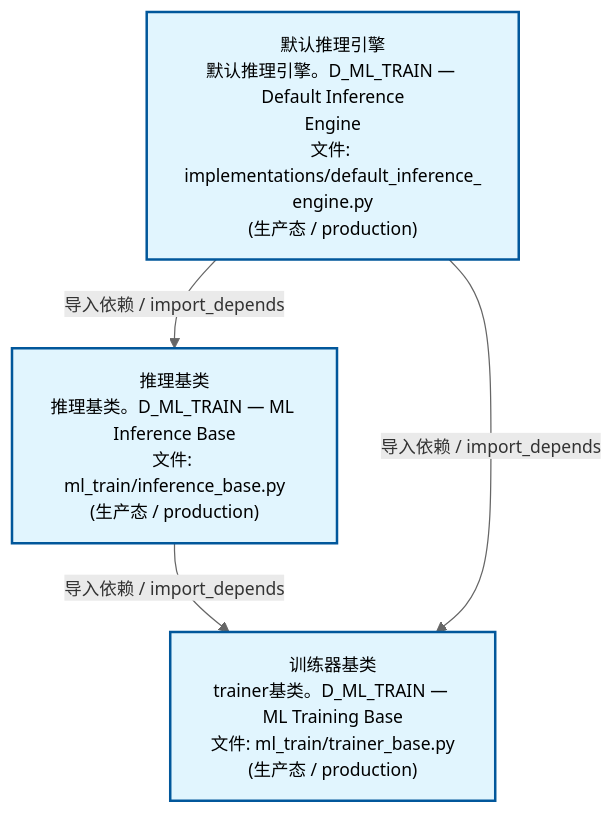
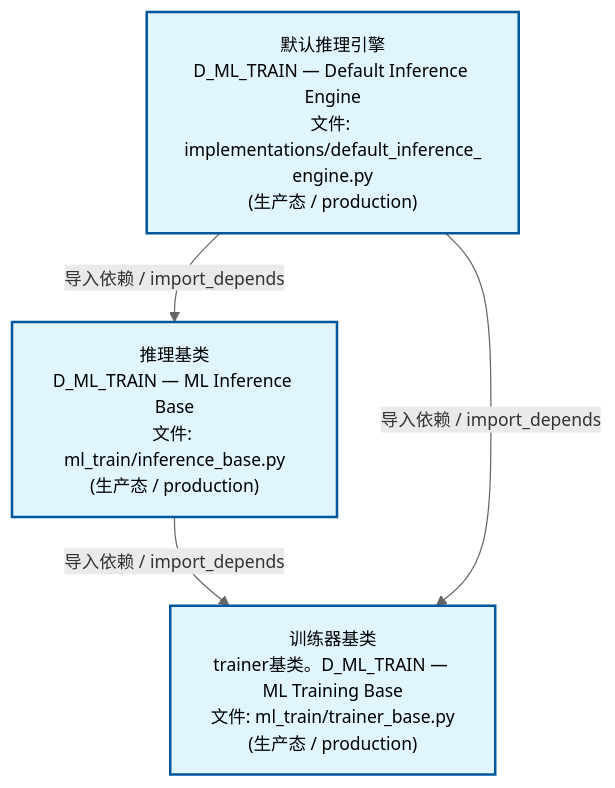
Before and after one commit to xuanFelixVan/ZephyrAlpha: the second of 4 diagrams in docs/02_enterprise_architecture/02_domain_architecture_docs/61_d_ml_train.md, drawn with Mermaid. The commit also changed other lines of this file and 63 other files, not shown here.

````diff
--- a/docs/02_enterprise_architecture/02_domain_architecture_docs/61_d_ml_train.md
+++ b/docs/02_enterprise_architecture/02_domain_architecture_docs/61_d_ml_train.md
@@ -99,15 +99,15 @@
 ```mermaid
 %%{init: {'theme': 'base', 'themeVariables': {'primaryColor': '#eaeaea', 'primaryTextColor': '#333333', 'primaryBorderColor': '#666666', 'lineColor': '#666666', 'secondaryColor': '#eaeaea', 'tertiaryColor': '#eaeaea', 'fontSize': '14px'}}}%%
 flowchart TD
-    src_zephyr_ml_train_implementations_default_inference_engine_py["默认推理引擎<br/>默认推理引擎。D_ML_TRAIN — Default Inference<br/>Engine<br/>文件: implementations/default_inference_<br/>engine.py<br/>(生产态 / production)"]
-    src_zephyr_ml_train_inference_base_py["推理基类<br/>推理基类。D_ML_TRAIN — ML Inference Base<br/>文件: ml_train/inference_base.py<br/>(生产态 / production)"]
+    src_zephyr_ml_train_implementations_default_inference_engine_py["默认推理引擎<br/>D_ML_TRAIN — Default Inference Engine<br/>文件: implementations/default_inference_<br/>engine.py<br/>(生产态 / production)"]
+    src_zephyr_ml_train_inference_base_py["推理基类<br/>D_ML_TRAIN — ML Inference Base<br/>文件: ml_train/inference_base.py<br/>(生产态 / production)"]
     src_zephyr_ml_train_trainer_base_py["训练器基类<br/>trainer基类。D_ML_TRAIN — ML Training Base<br/>文件: ml_train/trainer_base.py<br/>(生产态 / production)"]
     src_zephyr_ml_train_inference_base_py -->|导入依赖 / import_depends| src_zephyr_ml_train_trainer_base_py
+    src_zephyr_ml_train_implementations_default_inference_engine_py -->|导入依赖 / import_depends| src_zephyr_ml_train_inference_base_py
     src_zephyr_ml_train_implementations_default_inference_engine_py -->|导入依赖 / import_depends| src_zephyr_ml_train_trainer_base_py
-    src_zephyr_ml_train_implementations_default_inference_engine_py -->|导入依赖 / import_depends| src_zephyr_ml_train_inference_base_py
     classDef production fill:#e1f5fe,stroke:#01579b,stroke-width:2px,color:#000
     classDef design fill:#fff3e0,stroke:#e65100,stroke-width:2px,color:#000,stroke-dasharray: 5 5
     classDef external_prod fill:#e8f4fd,stroke:#0277bd,stroke-width:1px,color:#000
     classDef external_design fill:#fff8e7,stroke:#ef6c00,stroke-width:1px,color:#000,stroke-dasharray: 5 5
     class src_zephyr_ml_train_implementations_default_inference_engine_py,src_zephyr_ml_train_inference_base_py,src_zephyr_ml_train_trainer_base_py production
 ```
````
